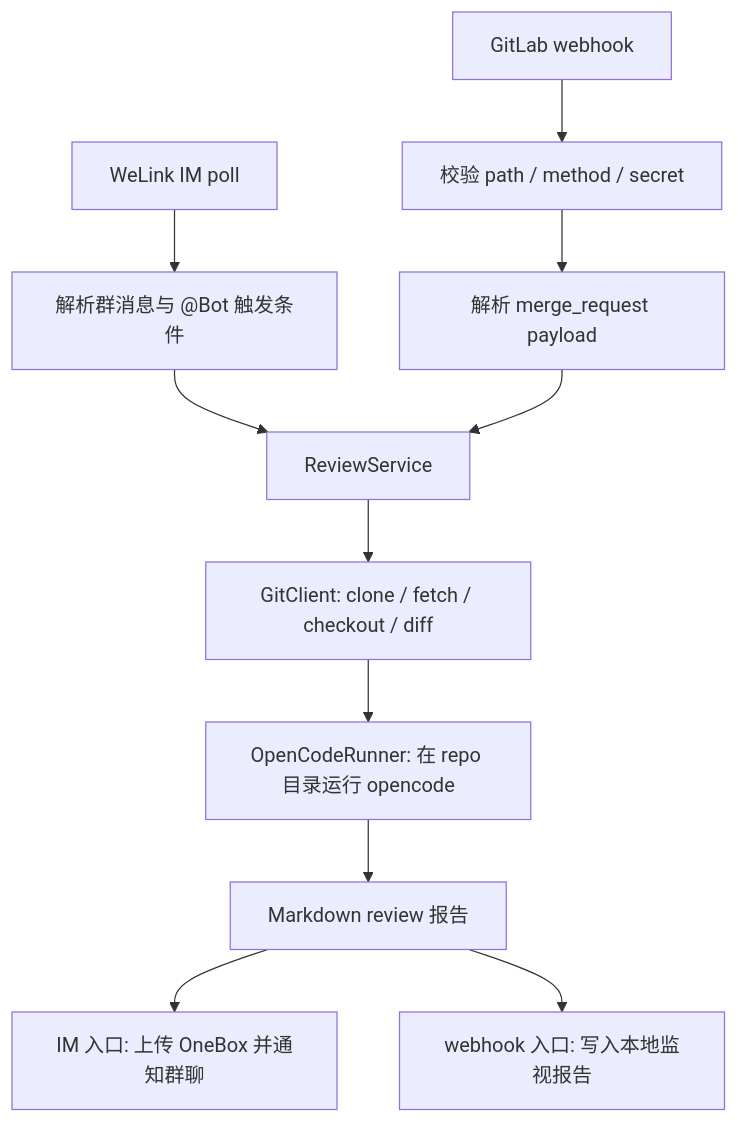
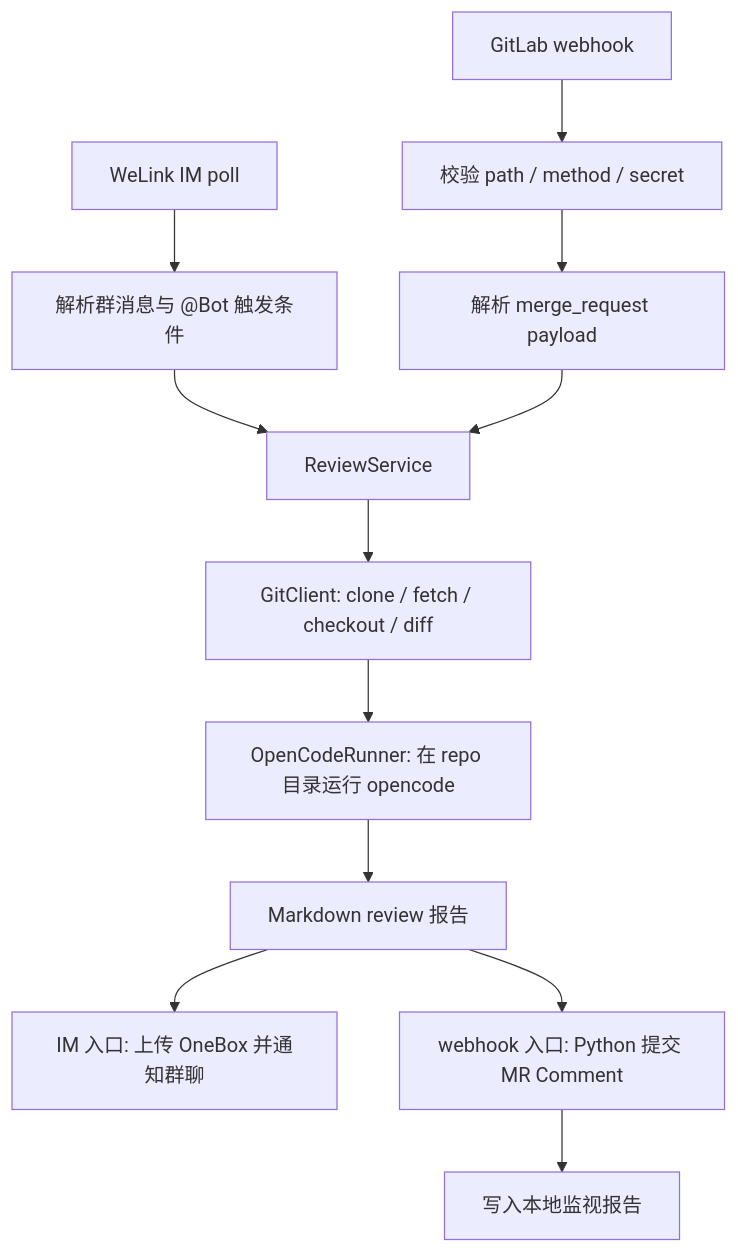
The first of 3 diagrams in docs/DESIGN.md (Faye-663/code-mr-reviewer), drawn with Mermaid before and after one commit. The commit also changed other lines of this file and 4 other files, not shown here.

First line of the commit message:
docs: 同步 webhook Python 评论配置

````diff
--- a/docs/DESIGN.md
+++ b/docs/DESIGN.md
@@ -7,13 +7,14 @@
 ```mermaid
 flowchart TD
     A["WeLink IM poll"] --> B["解析群消息与 @Bot 触发条件"]
     C["GitLab webhook"] --> D["校验 path / method / secret"]
     D --> E["解析 merge_request payload"]
     B --> F["ReviewService"]
     E --> F
     F --> G["GitClient: clone / fetch / checkout / diff"]
     G --> H["OpenCodeRunner: 在 repo 目录运行 opencode"]
     H --> I["Markdown review 报告"]
     I --> J["IM 入口: 上传 OneBox 并通知群聊"]
-    I --> K["webhook 入口: 写入本地监视报告"]
+    I --> K["webhook 入口: Python 提交 MR Comment"]
+    K --> L["写入本地监视报告"]
 ```
````
